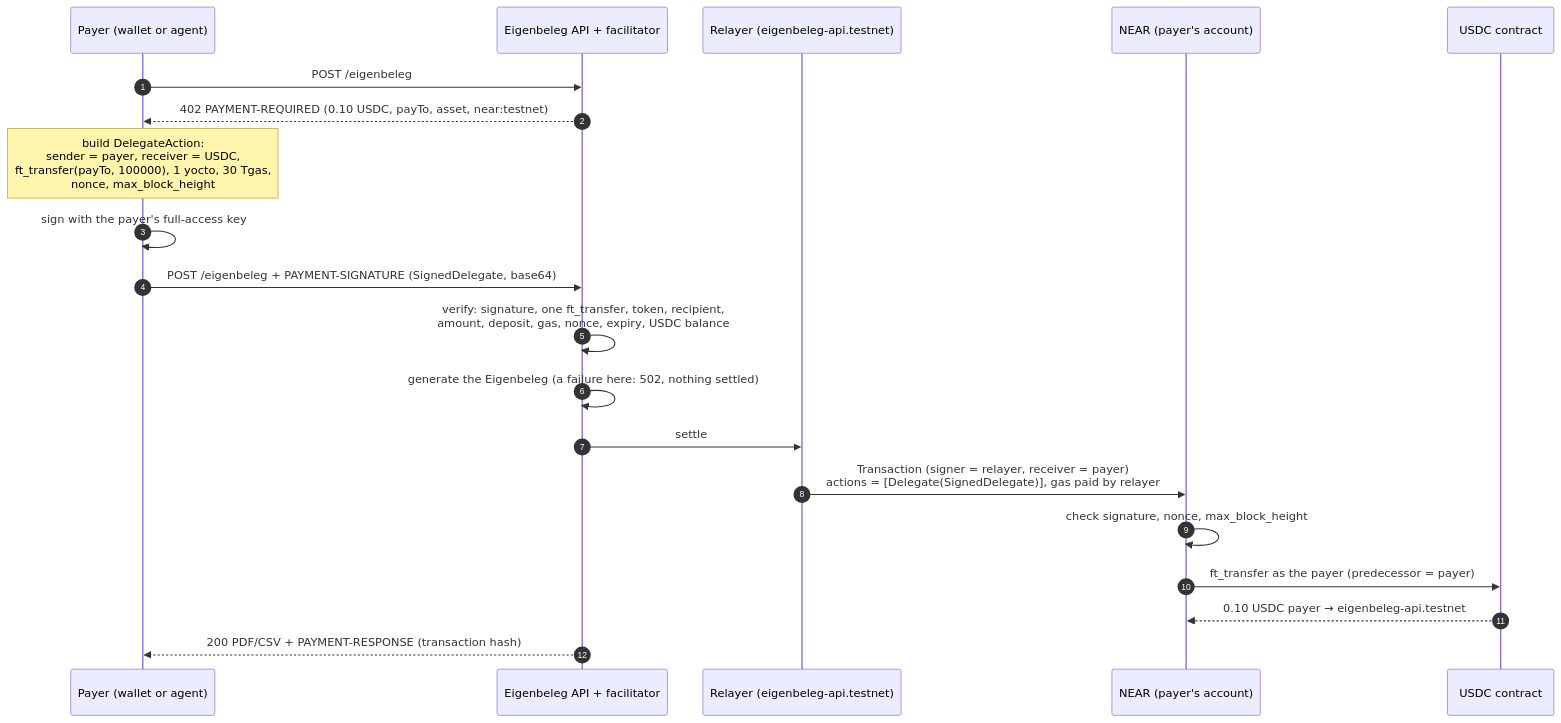
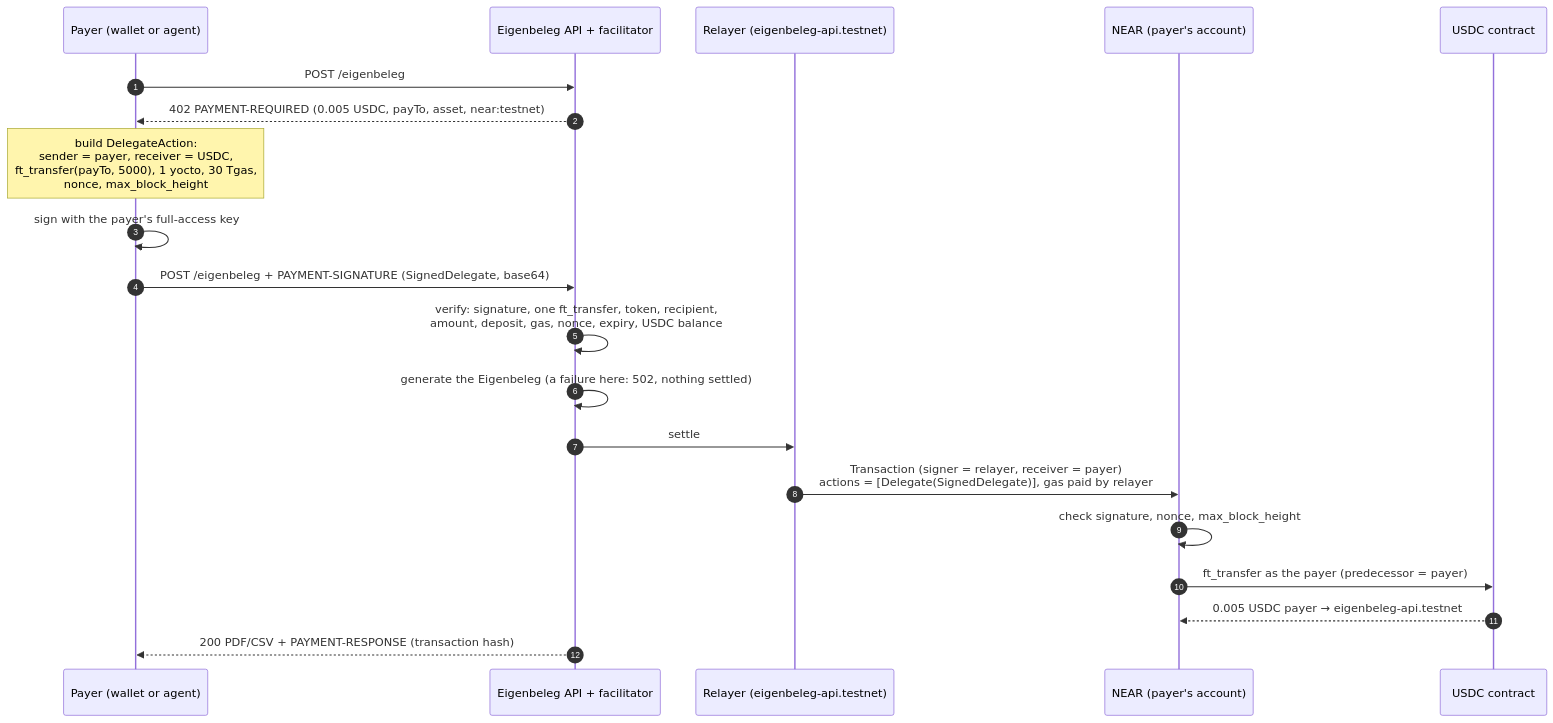
Before and after one commit to Le-Space/eigenbeleg-agent: the diagram in docs/delegate-actions.md, drawn with Mermaid. The commit also changed other lines of this file and 16 other files, not shown here.

````diff
--- a/docs/delegate-actions.md
+++ b/docs/delegate-actions.md
@@ -47,23 +47,23 @@
 ```mermaid
 sequenceDiagram
     autonumber
     participant P as Payer (wallet or agent)
     participant A as Eigenbeleg API + facilitator
     participant R as Relayer (eigenbeleg-api.testnet)
     participant N as NEAR (payer's account)
     participant T as USDC contract
 
     P->>A: POST /eigenbeleg
-    A-->>P: 402 PAYMENT-REQUIRED (0.10 USDC, payTo, asset, near:testnet)
-    Note over P: build DelegateAction:<br/>sender = payer, receiver = USDC,<br/>ft_transfer(payTo, 100000), 1 yocto, 30 Tgas,<br/>nonce, max_block_height
+    A-->>P: 402 PAYMENT-REQUIRED (0.005 USDC, payTo, asset, near:testnet)
+    Note over P: build DelegateAction:<br/>sender = payer, receiver = USDC,<br/>ft_transfer(payTo, 5000), 1 yocto, 30 Tgas,<br/>nonce, max_block_height
     P->>P: sign with the payer's full-access key
     P->>A: POST /eigenbeleg + PAYMENT-SIGNATURE (SignedDelegate, base64)
     A->>A: verify: signature, one ft_transfer, token, recipient,<br/>amount, deposit, gas, nonce, expiry, USDC balance
     A->>A: generate the Eigenbeleg (a failure here: 502, nothing settled)
     A->>R: settle
     R->>N: Transaction (signer = relayer, receiver = payer)<br/>actions = [Delegate(SignedDelegate)], gas paid by relayer
     N->>N: check signature, nonce, max_block_height
     N->>T: ft_transfer as the payer (predecessor = payer)
-    T-->>N: 0.10 USDC payer → eigenbeleg-api.testnet
+    T-->>N: 0.005 USDC payer → eigenbeleg-api.testnet
     A-->>P: 200 PDF/CSV + PAYMENT-RESPONSE (transaction hash)
 ```
````
